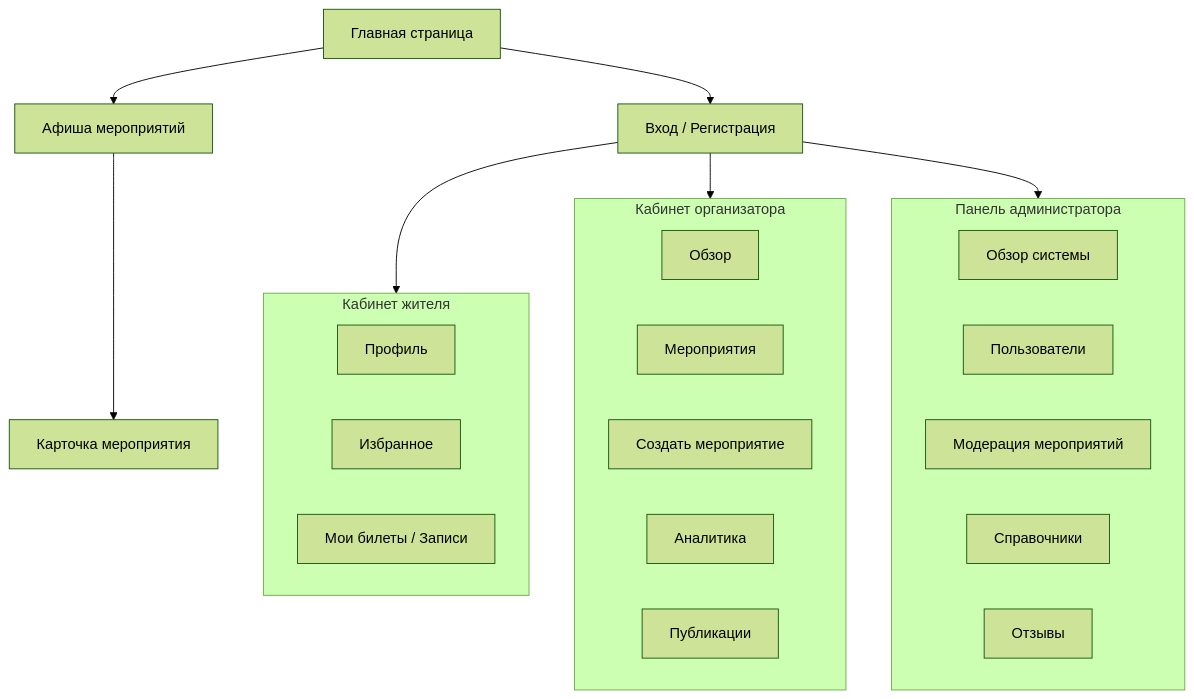
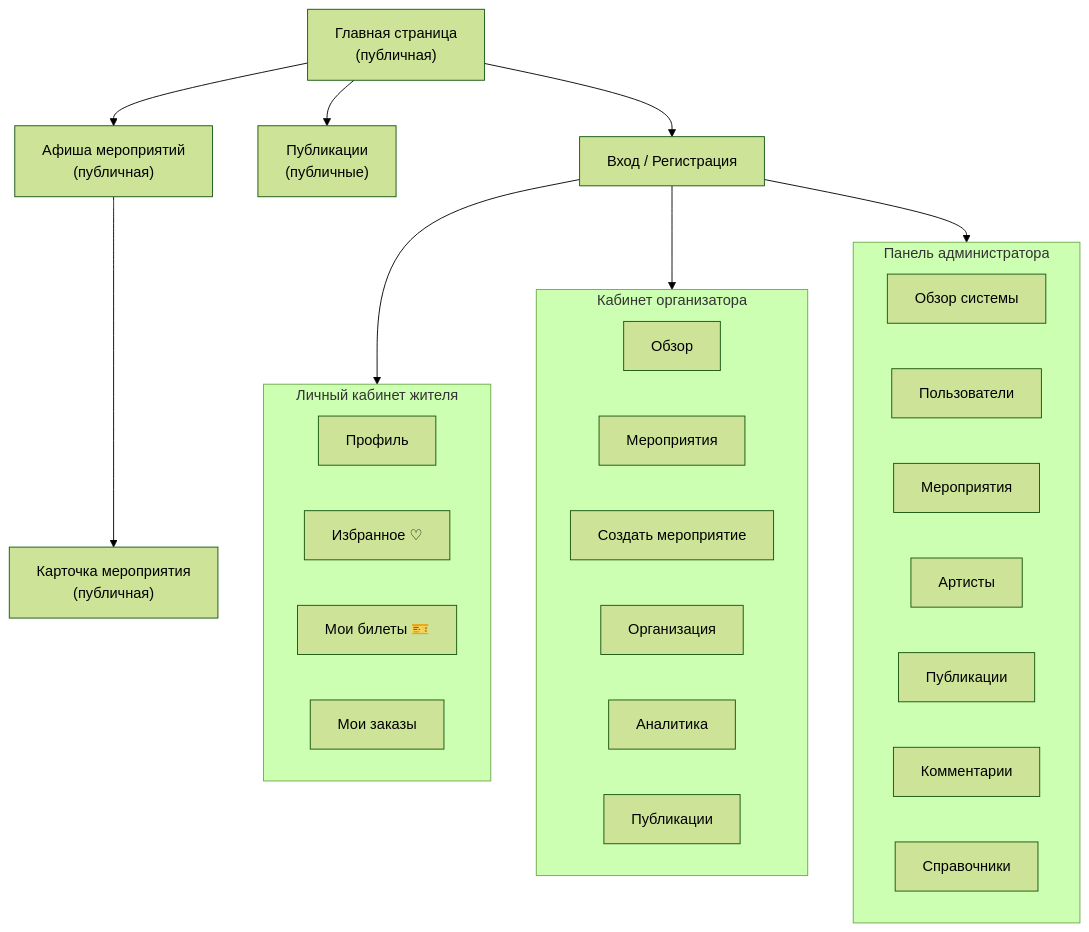
The eighth of 14 diagrams in diplom/diplom.md (akarui-shi/festival-app), drawn with Mermaid (forest theme) before and after one commit. The commit also changed other lines of this file, not shown here.

````diff
--- a/diplom/diplom.md
+++ b/diplom/diplom.md
@@ -1321,35 +1483,42 @@
 ```mermaid
 graph TD
-    Landing["Главная страница"]
-    Events["Афиша мероприятий"]
-    EventDetail["Карточка мероприятия"]
-    Auth["Вход / Регистрация"]
+  Landing["Главная страница\n(публичная)"]
+  Events["Афиша мероприятий\n(публичная)"]
+  EventDetail["Карточка мероприятия\n(публичная)"]
+  Publications["Публикации\n(публичные)"]
+  Auth["Вход / Регистрация"]
 
-    subgraph Resident["Кабинет жителя"]
-        Profile["Профиль"]
-        Favorites["Избранное"]
-        MyTickets["Мои билеты / Записи"]
-    end
+  subgraph Resident["Личный кабинет жителя"]
+    Profile["Профиль"]
+    Favorites["Избранное ♡"]
+    MyTickets["Мои билеты 🎫"]
+    MyOrders["Мои заказы"]
+  end
 
-    subgraph Organizer["Кабинет организатора"]
-        OrgDashboard["Обзор"]
-        OrgEvents["Мероприятия"]
-        OrgCreate["Создать мероприятие"]
-        OrgAnalytics["Аналитика"]
-        OrgPublications["Публикации"]
-    end
+  subgraph Organizer["Кабинет организатора"]
+    OrgDashboard["Обзор"]
+    OrgEvents["Мероприятия"]
+    OrgCreate["Создать мероприятие"]
+    OrgOrg["Организация"]
+    OrgAnalytics["Аналитика"]
+    OrgPublications["Публикации"]
+  end
 
-    subgraph Admin["Панель администратора"]
-        AdminDashboard["Обзор системы"]
-        AdminUsers["Пользователи"]
-        AdminEvents["Модерация мероприятий"]
-        AdminDicts["Справочники"]
-        AdminReviews["Отзывы"]
-    end
+  subgraph Admin["Панель администратора"]
+    AdminDashboard["Обзор системы"]
+    AdminUsers["Пользователи"]
+    AdminEvents["Мероприятия"]
+    AdminArtists["Артисты"]
+    AdminPublications["Публикации"]
+    AdminComments["Комментарии"]
+    AdminDicts["Справочники"]
+  end
 
-    Landing --> Events --> EventDetail
-    Landing --> Auth
-    Auth --> Resident
-    Auth --> Organizer
-    Auth --> Admin
+  Landing --> Events
+  Landing --> Auth
+  Events --> EventDetail
+  Landing --> Publications
+  Auth --> Resident
+  Auth --> Organizer
+  Auth --> Admin
 ```
````
